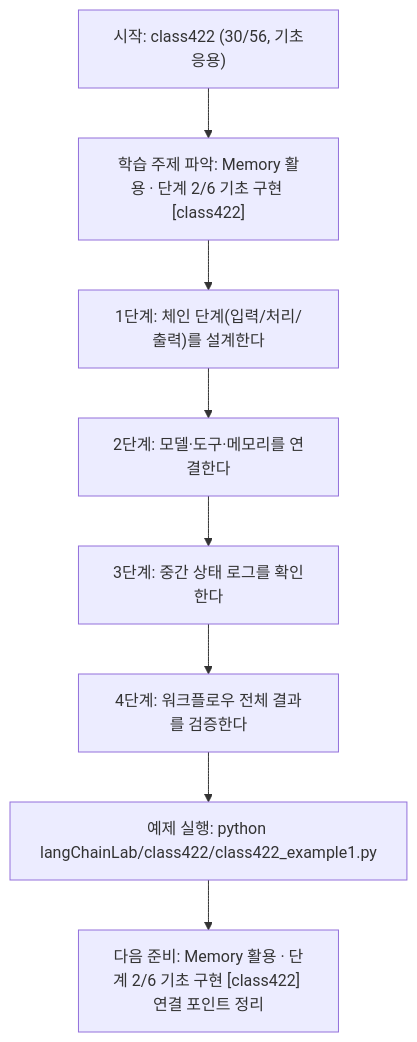
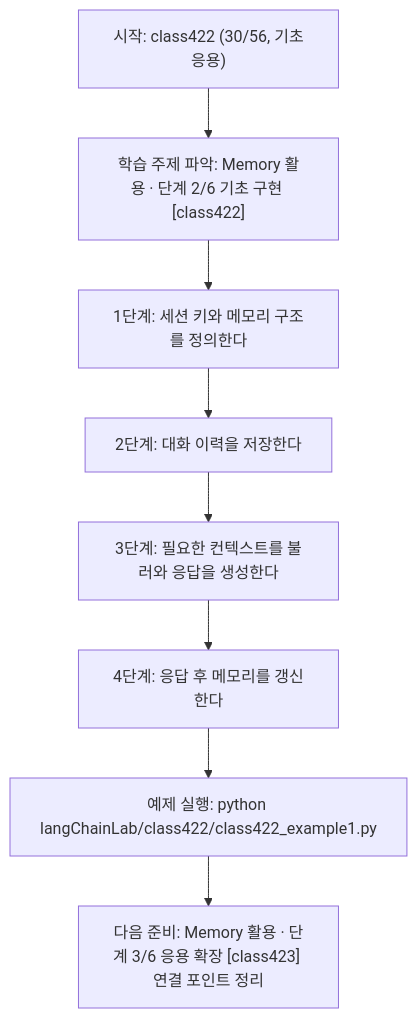
Before and after one commit to edumgt/Python-AI_Agent-Class: the diagram in langChainLab/class422/class422.md, drawn with Mermaid. The commit also changed other lines of this file and 395 other files, not shown here.

````diff
--- a/langChainLab/class422/class422.md
+++ b/langChainLab/class422/class422.md
@@ -109,18 +91,18 @@
 ```mermaid
 flowchart TD
 N1["시작: class422 (30/56, 기초응용)"]
 N2["학습 주제 파악: Memory 활용 · 단계 2/6 기초 구현 [class422]"]
-N3["1단계: 체인 단계(입력/처리/출력)를 설계한다"]
-N4["2단계: 모델·도구·메모리를 연결한다"]
-N5["3단계: 중간 상태 로그를 확인한다"]
-N6["4단계: 워크플로우 전체 결과를 검증한다"]
+N3["1단계: 세션 키와 메모리 구조를 정의한다"]
+N4["2단계: 대화 이력을 저장한다"]
+N5["3단계: 필요한 컨텍스트를 불러와 응답을 생성한다"]
+N6["4단계: 응답 후 메모리를 갱신한다"]
 N7["예제 실행: python langChainLab/class422/class422_example1.py"]
-N8["다음 준비: Memory 활용 · 단계 2/6 기초 구현 [class422] 연결 포인트 정리"]
+N8["다음 준비: Memory 활용 · 단계 3/6 응용 확장 [class423] 연결 포인트 정리"]
 N1 --> N2
 N2 --> N3
 N3 --> N4
 N4 --> N5
 N5 --> N6
 N6 --> N7
 N7 --> N8
 ```
````
